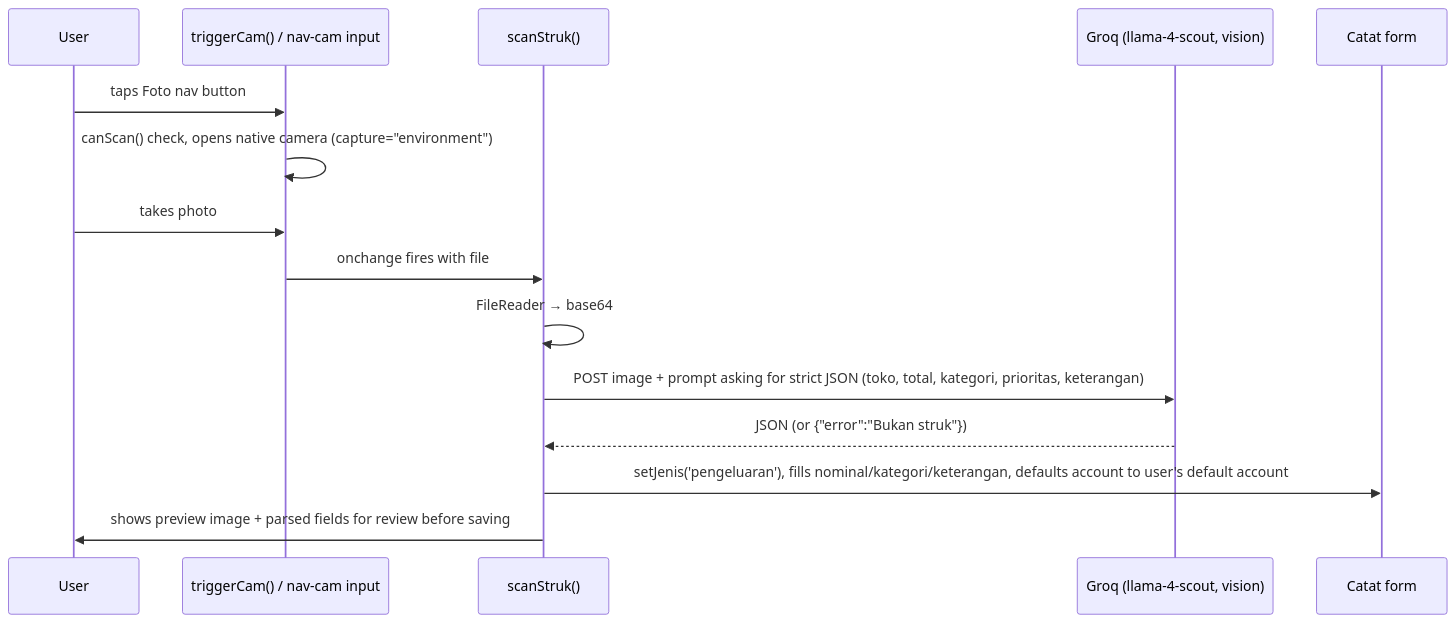
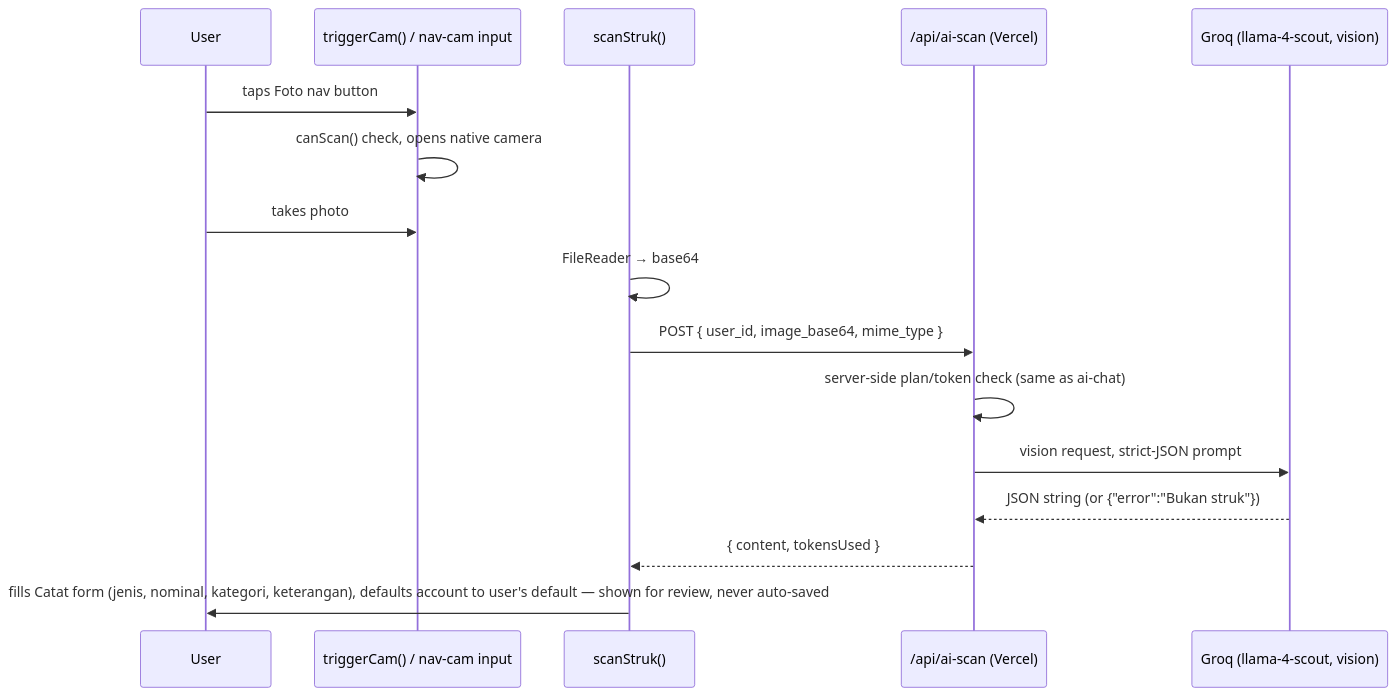
Before and after one commit to fadhillahmaurizky-crypto/ai-finance-app: the second of 2 diagrams in ai.md, drawn with Mermaid. The commit also changed other lines of this file and 10 other files, not shown here.

````diff
--- a/ai.md
+++ b/ai.md
@@ -32,18 +31,19 @@
 ```mermaid
 sequenceDiagram
     participant U as User
     participant Cam as triggerCam() / nav-cam input
     participant Scan as scanStruk()
+    participant API as /api/ai-scan (Vercel)
     participant GROQ as Groq (llama-4-scout, vision)
-    participant Form as Catat form
 
     U->>Cam: taps Foto nav button
-    Cam->>Cam: canScan() check, opens native camera (capture="environment")
+    Cam->>Cam: canScan() check, opens native camera
     U->>Cam: takes photo
-    Cam->>Scan: onchange fires with file
     Scan->>Scan: FileReader → base64
-    Scan->>GROQ: POST image + prompt asking for strict JSON (toko, total, kategori, prioritas, keterangan)
-    GROQ-->>Scan: JSON (or {"error":"Bukan struk"})
-    Scan->>Form: setJenis('pengeluaran'), fills nominal/kategori/keterangan, defaults account to user's default account
-    Scan->>U: shows preview image + parsed fields for review before saving
+    Scan->>API: POST { user_id, image_base64, mime_type }
+    API->>API: server-side plan/token check (same as ai-chat)
+    API->>GROQ: vision request, strict-JSON prompt
+    GROQ-->>API: JSON string (or {"error":"Bukan struk"})
+    API-->>Scan: { content, tokensUsed }
+    Scan->>U: fills Catat form (jenis, nominal, kategori, keterangan), defaults account to user's default — shown for review, never auto-saved
 ```
````
